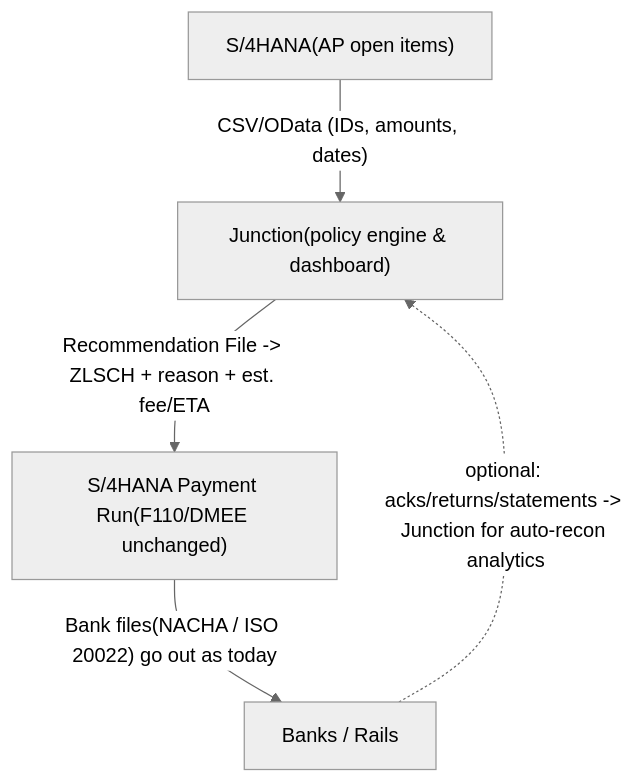
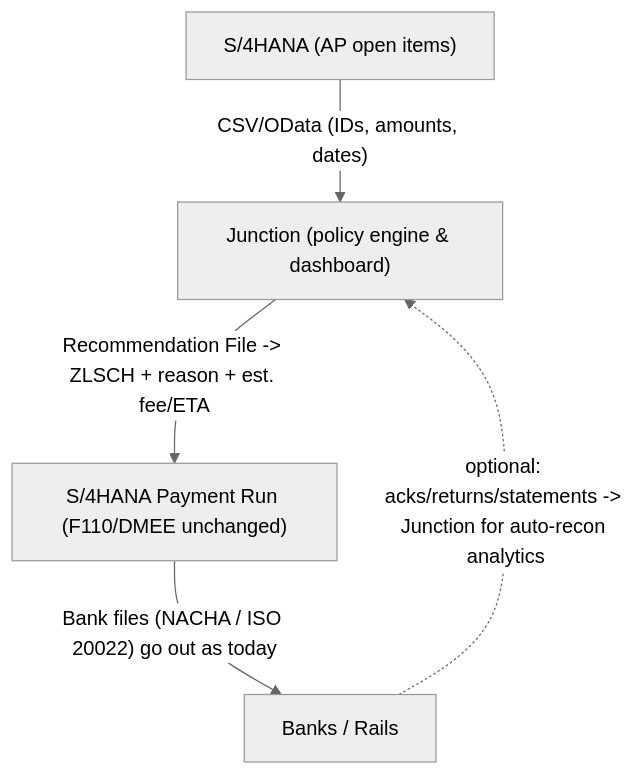
Before and after one commit to Junction-Engine/Junction-Open: the diagram in README.md, drawn with Mermaid (neutral theme).

````diff
--- a/README.md
+++ b/README.md
@@ -5,8 +5,8 @@
 ```mermaid
 flowchart TB
-  s4["S/4HANA(AP open items)"]
-  s4 -->|"CSV/OData (IDs, amounts, dates)"| jn["Junction(policy engine & dashboard)"]
-  jn -->|"Recommendation File -> ZLSCH + reason + est. fee/ETA"| f110["S/4HANA Payment Run(F110/DMEE unchanged)"]
-  f110 -->|"Bank files(NACHA / ISO 20022) go out as today"| banks["Banks / Rails"]
+  s4["S/4HANA (AP open items)"]
+  s4 -->|"CSV/OData (IDs, amounts, dates)"| jn["Junction (policy engine & dashboard)"]
+  jn -->|"Recommendation File -> ZLSCH + reason + est. fee/ETA"| f110["S/4HANA Payment Run (F110/DMEE unchanged)"]
+  f110 -->|"Bank files (NACHA / ISO 20022) go out as today"| banks["Banks / Rails"]
   banks -.->|"optional: acks/returns/statements -> Junction for auto-recon analytics"| jn
 ```
````
